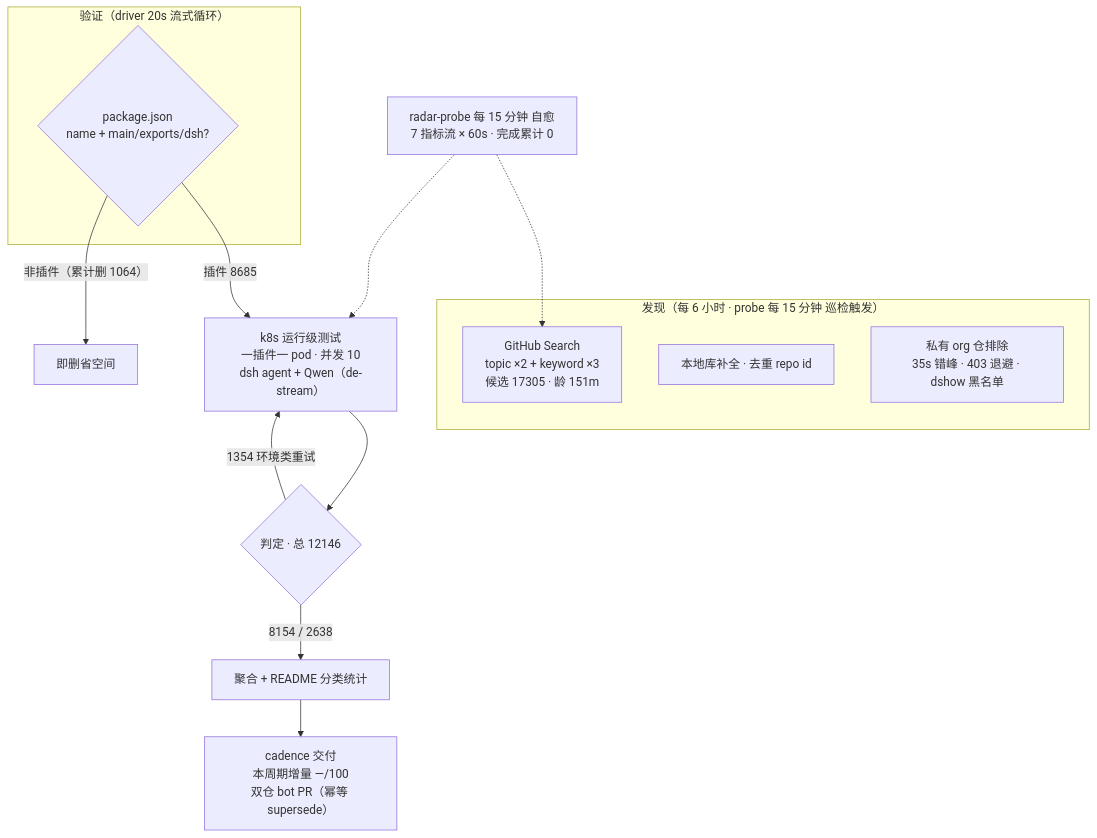
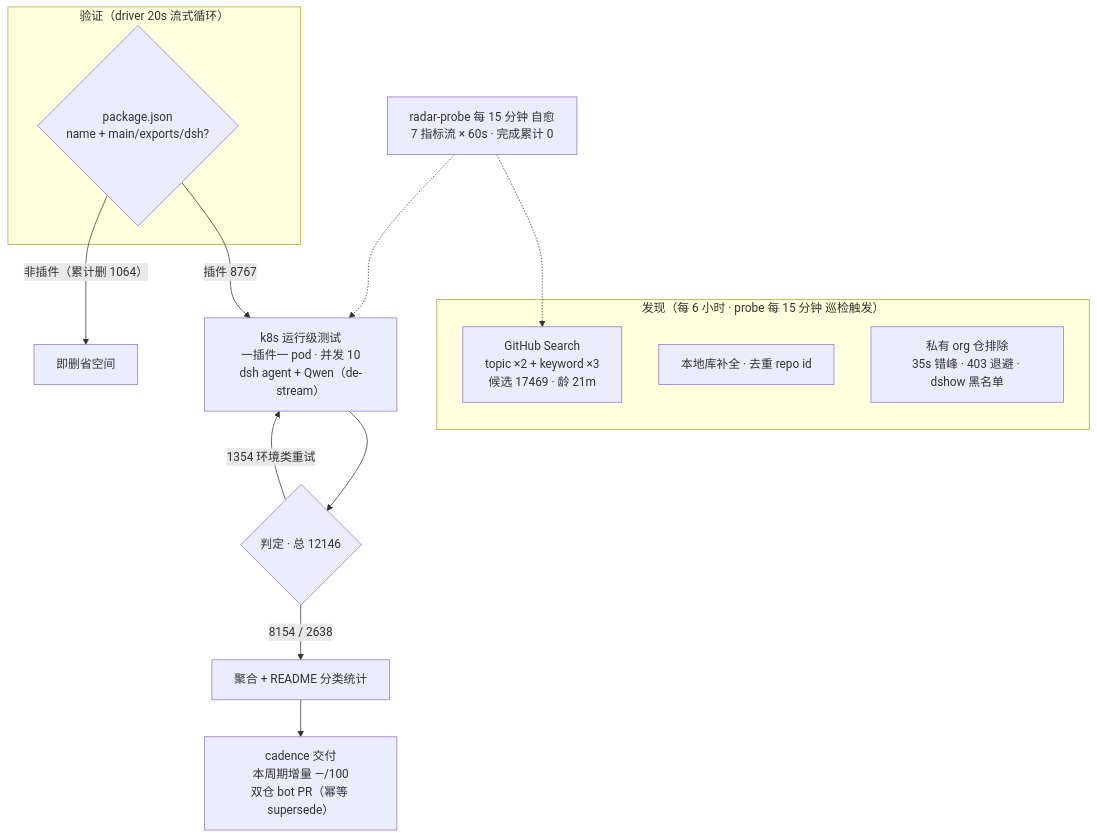
Before and after one commit to Zhidao-Lab-OSS/awesome-dsh-plugins: the diagram in README.md, drawn with Mermaid. The commit also changed other lines of this file and 1 other file, not shown here.

````diff
--- a/README.md
+++ b/README.md
@@ -52,20 +52,20 @@
 ```mermaid
 flowchart TB
     subgraph Discovery["发现（每 6 小时 · probe 每 15 分钟 巡检触发）"]
-        A1["GitHub Search<br/>topic ×2 + keyword ×3<br/>候选 17305 · 龄 151m"]
+        A1["GitHub Search<br/>topic ×2 + keyword ×3<br/>候选 17469 · 龄 21m"]
         A2["本地库补全 · 去重 repo id"]
         A3["私有 org 仓排除<br/>35s 错峰 · 403 退避 · dshow 黑名单"]
     end
     subgraph Validation["验证（driver 20s 流式循环）"]
         B1{"package.json<br/>name + main/exports/dsh?"}
     end
-    B1 -->|"插件 8685"| C1["k8s 运行级测试<br/>一插件一 pod · 并发 10<br/>dsh agent + Qwen（de-stream）"]
+    B1 -->|"插件 8767"| C1["k8s 运行级测试<br/>一插件一 pod · 并发 10<br/>dsh agent + Qwen（de-stream）"]
     B1 -->|"非插件（累计删 1064）"| B3["即删省空间"]
     C1 --> D1{"判定 · 总 12146"}
     D1 -->|"8154 / 2638"| E1["聚合 + README 分类统计"]
     D1 -->|"1354 环境类重试"| C1
     E1 --> E2["cadence 交付<br/>本周期增量 —/100<br/>双仓 bot PR（幂等 supersede）"]
     M["radar-probe 每 15 分钟 自愈<br/>7 指标流 × 60s · 完成累计 0"]
     M -.-> A1
     M -.-> C1
 ```
````
